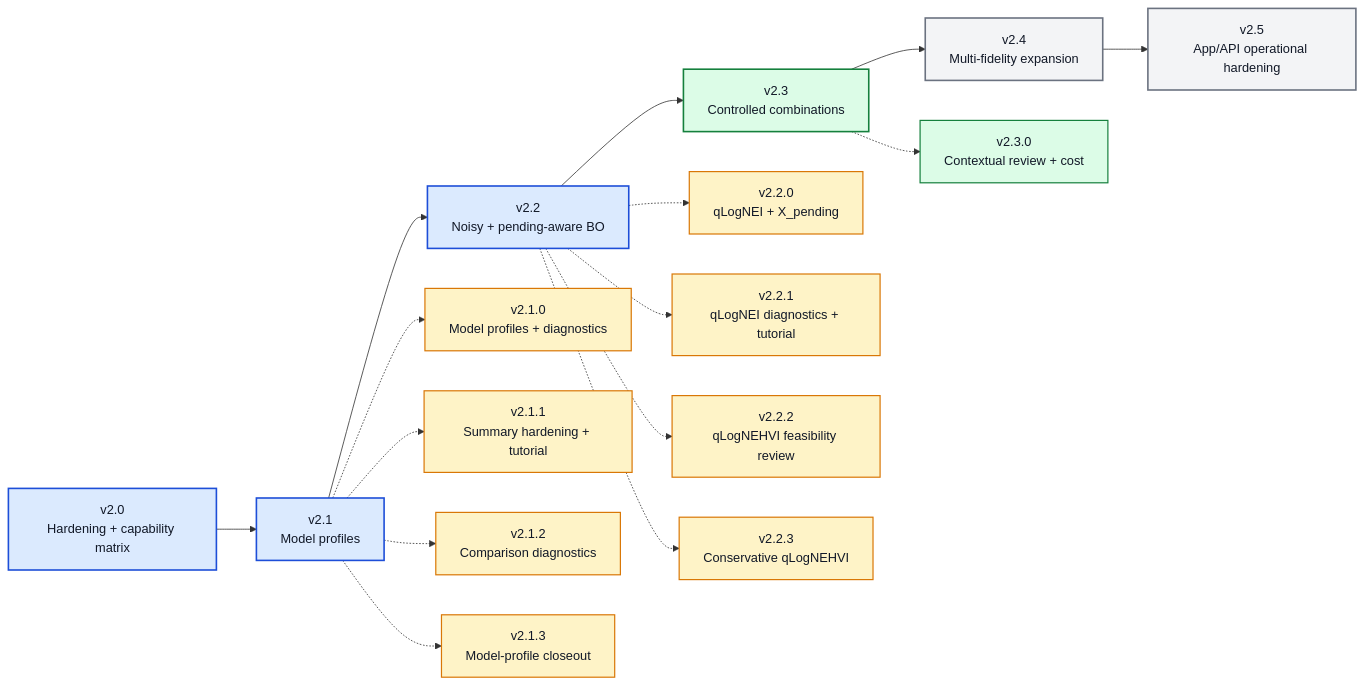
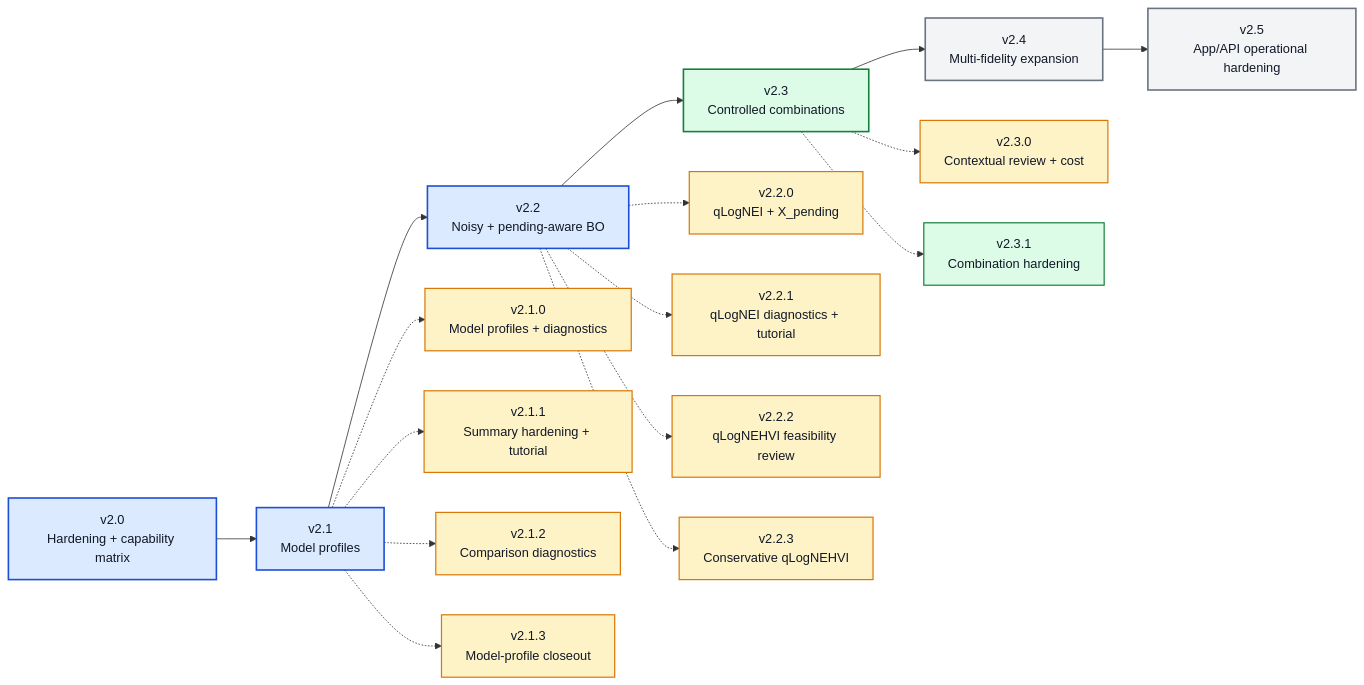
One commit to angzeli/bo-forge changed the diagram in ROADMAP_V2_X.md. Above: the diagram before and after it, drawn with Mermaid. The commit also changed other lines of this file and 26 other files, not shown here.

````diff
--- a/ROADMAP_V2_X.md
+++ b/ROADMAP_V2_X.md
@@ -15,37 +15,40 @@
 ```mermaid
 flowchart LR
     v20["v2.0<br/>Hardening + capability matrix"] --> v21["v2.1<br/>Model profiles"] --> v22["v2.2<br/>Noisy + pending-aware BO"] --> v23["v2.3<br/>Controlled combinations"] --> v24["v2.4<br/>Multi-fidelity expansion"] --> v25["v2.5<br/>App/API operational hardening"]
 
     v210["v2.1.0<br/>Model profiles + diagnostics"]
     v211["v2.1.1<br/>Summary hardening + tutorial"]
     v212["v2.1.2<br/>Comparison diagnostics"]
     v213["v2.1.3<br/>Model-profile closeout"]
     v220["v2.2.0<br/>qLogNEI + X_pending"]
     v221["v2.2.1<br/>qLogNEI diagnostics + tutorial"]
     v222["v2.2.2<br/>qLogNEHVI feasibility review"]
     v223["v2.2.3<br/>Conservative qLogNEHVI"]
     v230["v2.3.0<br/>Contextual review + cost"]
+    v231["v2.3.1<br/>Combination hardening"]
 
     v21 -.-> v210
     v21 -.-> v211
     v21 -.-> v212
     v21 -.-> v213
     v22 -.-> v220
     v22 -.-> v221
     v22 -.-> v222
     v22 -.-> v223
     v23 -.-> v230
+    v23 -.-> v231
 
     class v10,v20,v21,v22 majorDone
     class v23 majorActive
     class v24,v25 majorFuture
     class v210,v211,v212,v213 patchDone
     class v220,v221,v222,v223 patchDone
-    class v230 patchActive
+    class v230 patchDone
+    class v231 patchActive
 
     classDef majorDone fill:#dbeafe,stroke:#1d4ed8,stroke-width:2px,color:#111827;
     classDef majorActive fill:#dcfce7,stroke:#15803d,stroke-width:2px,color:#111827;
     classDef majorFuture fill:#f3f4f6,stroke:#6b7280,stroke-width:2px,color:#111827;
     classDef patchDone fill:#fef3c7,stroke:#d97706,stroke-width:1.5px,color:#111827;
     classDef patchActive fill:#dcfce7,stroke:#15803d,stroke-width:1.5px,color:#111827;
 ```
````
